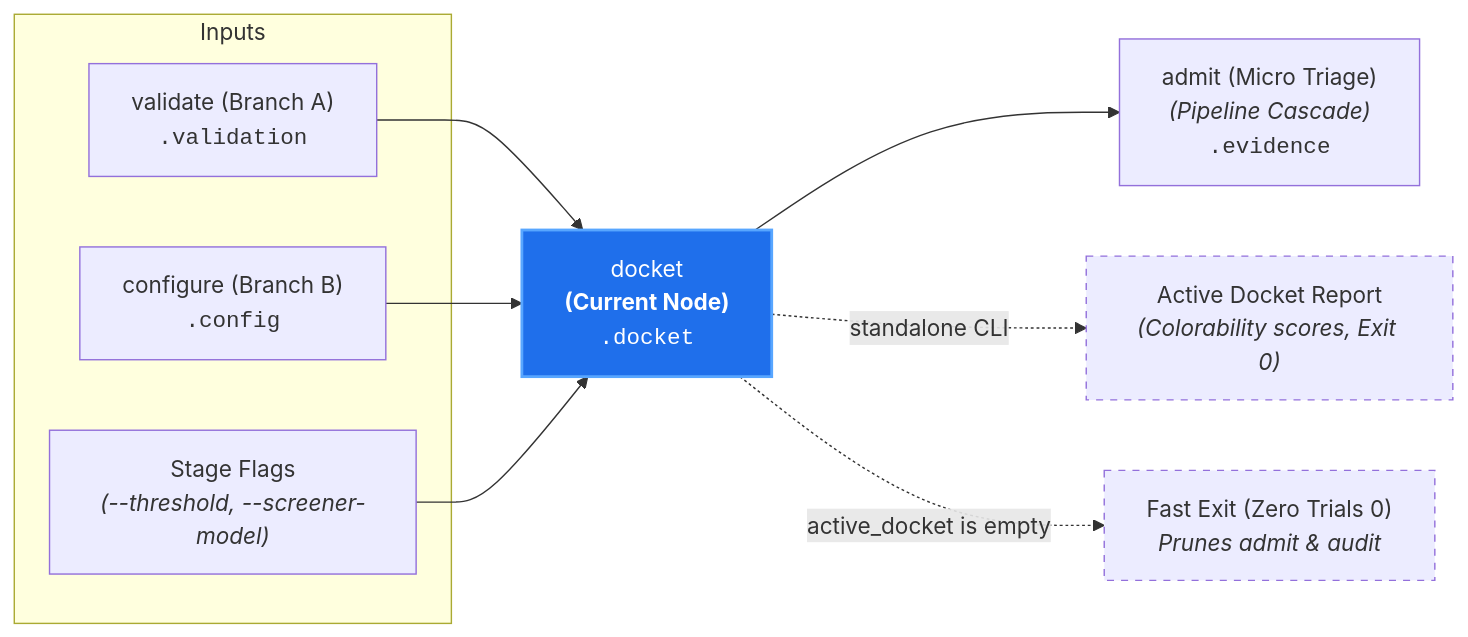
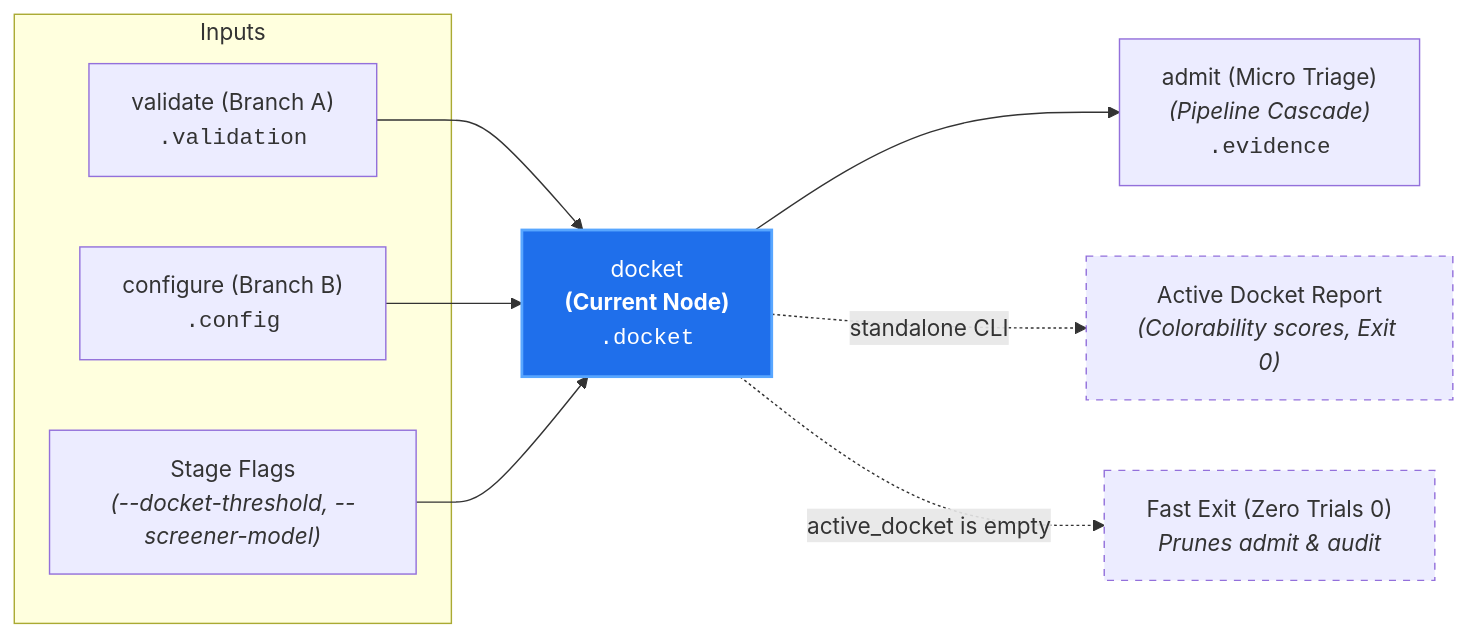
The diagram in docs/architecture/nodes/docket.md (PAIR-code/canon-clerk), drawn with Mermaid before and after one commit. The commit also changed other lines of this file and 4 other files, not shown here.

Commit message:
docs(architecture): establish stage-prefixed threshold flags and scoping contract

````diff
--- a/docs/architecture/nodes/docket.md
+++ b/docs/architecture/nodes/docket.md
@@ -22,20 +22,20 @@
 ```mermaid
 flowchart LR
     subgraph Inputs["Inputs"]
         Validate["validate (Branch A)<br/><code>.validation</code>"]
         Config["configure (Branch B)<br/><code>.config</code>"]
-        Params["Stage Flags<br/><i>(--threshold, --screener-model)</i>"]
+        Params["Stage Flags<br/><i>(--docket-threshold, --screener-model)</i>"]
     end
 
     Validate --> Docket["docket<br/><b>(Current Node)</b><br/><code>.docket</code>"]
     Config --> Docket
     Params --> Docket
 
     Docket --> Admit["admit (Micro Triage)<br/><i>(Pipeline Cascade)</i><br/><code>.evidence</code>"]
     Docket -. "standalone CLI" .-> DocketReport["Active Docket Report<br/><i>(Colorability scores, Exit 0)</i>"]
     Docket -. "active_docket is empty" .-> ZeroCases["Fast Exit (Zero Trials 0)<br/><i>Prunes admit & audit</i>"]
 
     style Docket fill:#1f6feb,stroke:#58a6ff,stroke-width:2px,color:#fff
     style DocketReport stroke-dasharray: 5 5
     style ZeroCases stroke-dasharray: 5 5
 ```
````
